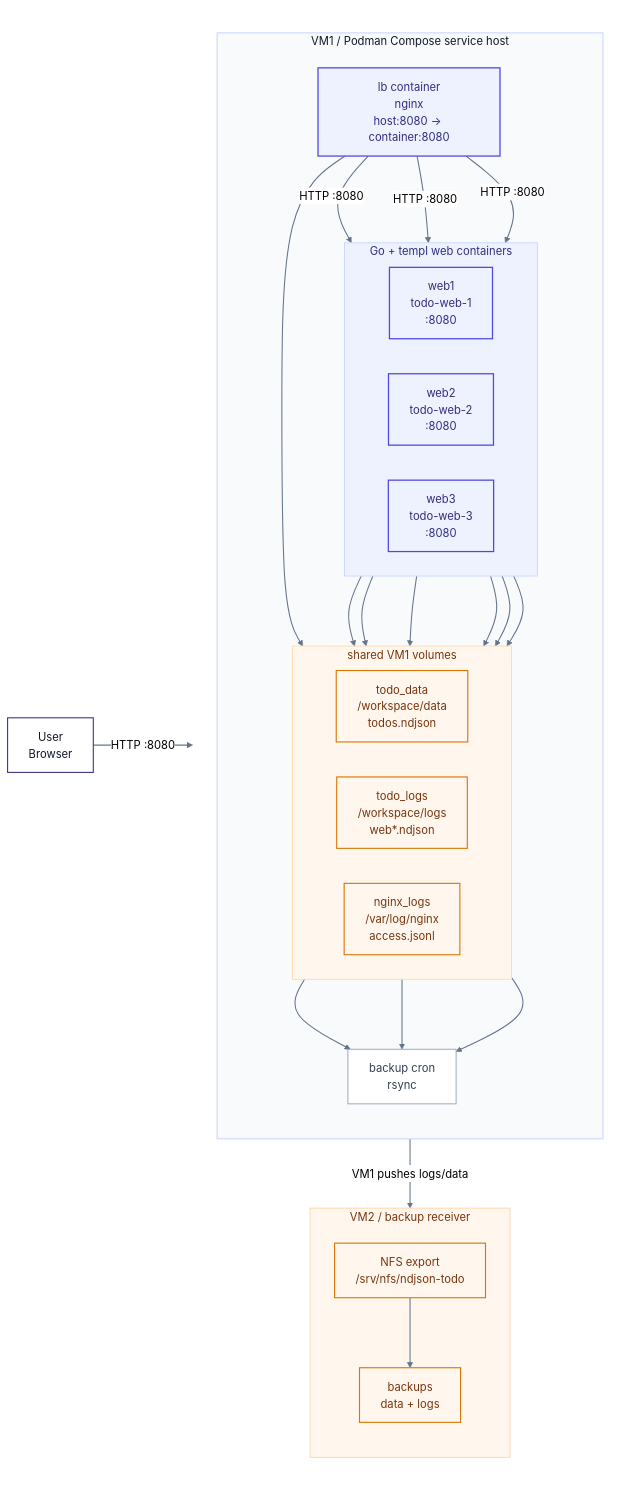
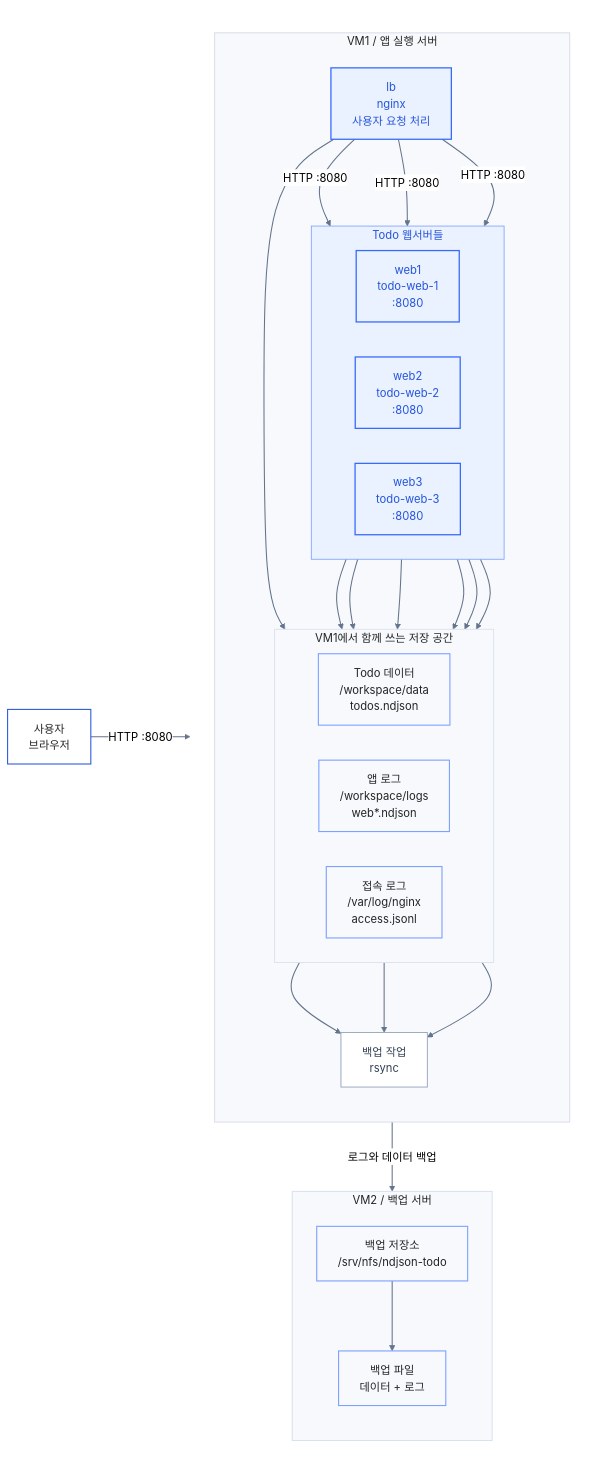
Before and after one commit to ev3rlit/ndjson-todo-lab: the second of 2 diagrams in apps/slides/slides.md, drawn with Mermaid (neutral theme). The commit also changed other lines of this file and 22 other files, not shown here.

````diff
--- a/apps/slides/slides.md
+++ b/apps/slides/slides.md
@@ -90,74 +642,74 @@
 ```mermaid {theme: 'neutral', scale: 0.45}
 flowchart LR
-    user["User<br/>Browser"]
+    user["사용자<br/>브라우저"]
 
     subgraph hosts[" "]
         direction TB
 
-        subgraph vm1["VM1 / Podman Compose service host"]
+        subgraph vm1["VM1 / 앱 실행 서버"]
             direction TB
-            lb["lb container<br/>nginx<br/>host:8080 -> container:8080"]
+            lb["lb<br/>nginx<br/>사용자 요청 처리"]
 
-            subgraph web["Go + templ web containers"]
+            subgraph web["Todo 웹서버들"]
                 direction LR
                 web1["web1<br/>todo-web-1<br/>:8080"]
                 web2["web2<br/>todo-web-2<br/>:8080"]
                 web3["web3<br/>todo-web-3<br/>:8080"]
             end
 
-            subgraph volumes["shared VM1 volumes"]
+            subgraph volumes["VM1에서 함께 쓰는 저장 공간"]
                 direction LR
-                data["todo_data<br/>/workspace/data<br/>todos.ndjson"]
-                appLogs["todo_logs<br/>/workspace/logs<br/>web*.ndjson"]
-                nginxLogs["nginx_logs<br/>/var/log/nginx<br/>access.jsonl"]
+                data["Todo 데이터<br/>/workspace/data<br/>todos.ndjson"]
+                appLogs["앱 로그<br/>/workspace/logs<br/>web*.ndjson"]
+                nginxLogs["접속 로그<br/>/var/log/nginx<br/>access.jsonl"]
             end
 
-            backup["backup cron<br/>rsync"]
+            backup["백업 작업<br/>rsync"]
 
             lb -->|"HTTP :8080"| web1
             lb -->|"HTTP :8080"| web2
             lb -->|"HTTP :8080"| web3
 
             web1 --> data
             web2 --> data
             web3 --> data
 
             web1 --> appLogs
             web2 --> appLogs
             web3 --> appLogs
             lb --> nginxLogs
 
             data --> backup
             appLogs --> backup
             nginxLogs --> backup
         end
 
-        subgraph vm2["VM2 / backup receiver"]
+        subgraph vm2["VM2 / 백업 서버"]
             direction TB
-            nfs["NFS export<br/>/srv/nfs/ndjson-todo"]
-            backupStore["backups<br/>data + logs"]
+            nfs["백업 저장소<br/>/srv/nfs/ndjson-todo"]
+            backupStore["백업 파일<br/>데이터 + 로그"]
 
             nfs --> backupStore
         end
     end
 
     user -->|"HTTP :8080"| vm1
-    vm1 -->|"VM1 pushes logs/data"| vm2
+    vm1 -->|"로그와 데이터 백업"| vm2
 
-    classDef actor fill:#ffffff,stroke:#312e81,stroke-width:1.5px,color:#111827;
-    classDef runtime fill:#eef2ff,stroke:#4f46e5,stroke-width:1.8px,color:#312e81;
-    classDef storage fill:#fff7ed,stroke:#d97706,stroke-width:1.6px,color:#78350f;
+    classDef actor fill:#ffffff,stroke:#2555dc,stroke-width:1.5px,color:#252525;
+    classDef runtime fill:#eaf1ff,stroke:#3468ff,stroke-width:1.8px,color:#2555dc;
+    classDef storage fill:#f7f9fd,stroke:#7fa2ff,stroke-width:1.6px,color:#252525;
     classDef process fill:#ffffff,stroke:#94a3b8,stroke-width:1.3px,color:#334155;
 
     class user actor;
     class lb,web1,web2,web3 runtime;
     class data,appLogs,nginxLogs,nfs,backupStore storage;
     class backup process;
 
-    style vm1 fill:#f8fafc,stroke:#c7d2fe,stroke-width:1.4px,color:#111827;
-    style web fill:#eef2ff,stroke:#c7d2fe,stroke-width:1.2px,color:#312e81;
-    style volumes fill:#fff7ed,stroke:#fed7aa,stroke-width:1.2px,color:#78350f;
-    style vm2 fill:#fff7ed,stroke:#fed7aa,stroke-width:1.4px,color:#78350f;
+    style vm1 fill:#f7f9fd,stroke:#d9dde7,stroke-width:1.4px,color:#252525;
+    style web fill:#eaf1ff,stroke:#7fa2ff,stroke-width:1.2px,color:#2555dc;
+    style volumes fill:#f7f9fd,stroke:#d8e0ee,stroke-width:1.2px,color:#252525;
+    style vm2 fill:#f7f9fd,stroke:#d8e0ee,stroke-width:1.4px,color:#252525;
     style hosts fill:transparent,stroke:transparent;
     linkStyle default stroke:#64748b,stroke-width:1.5px;
 ```
````
